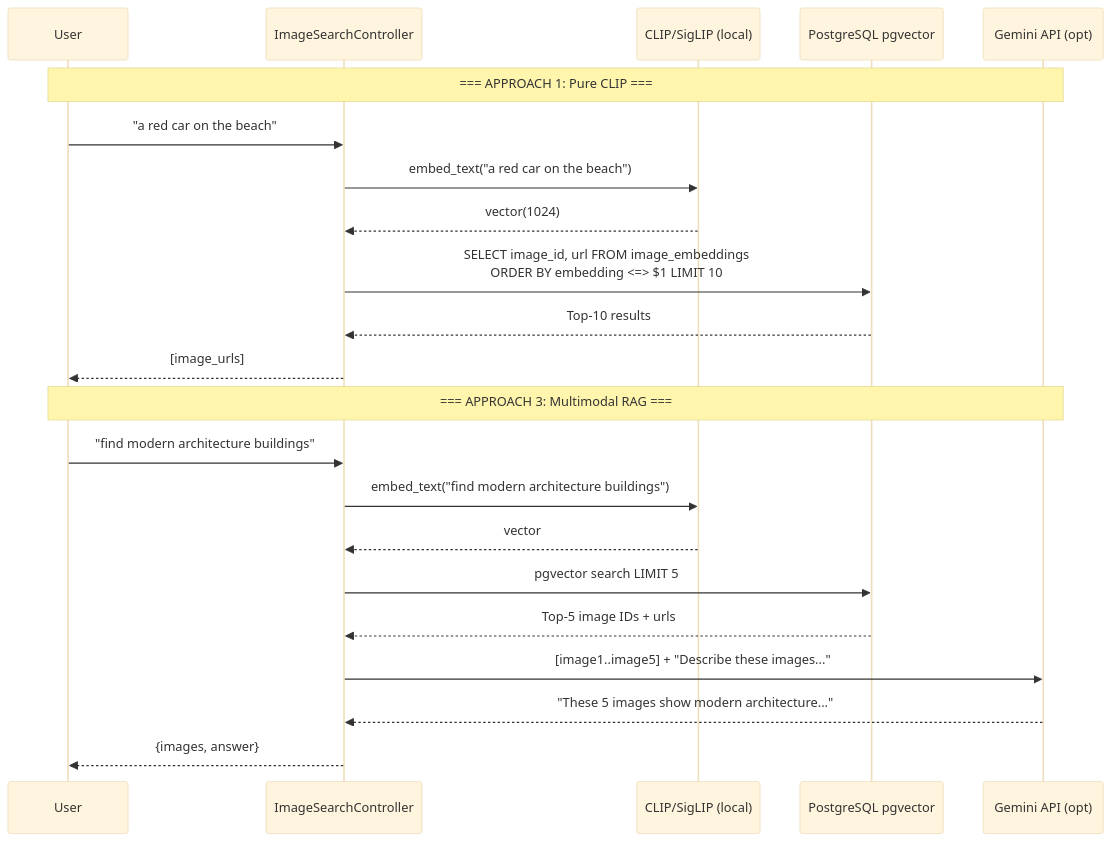
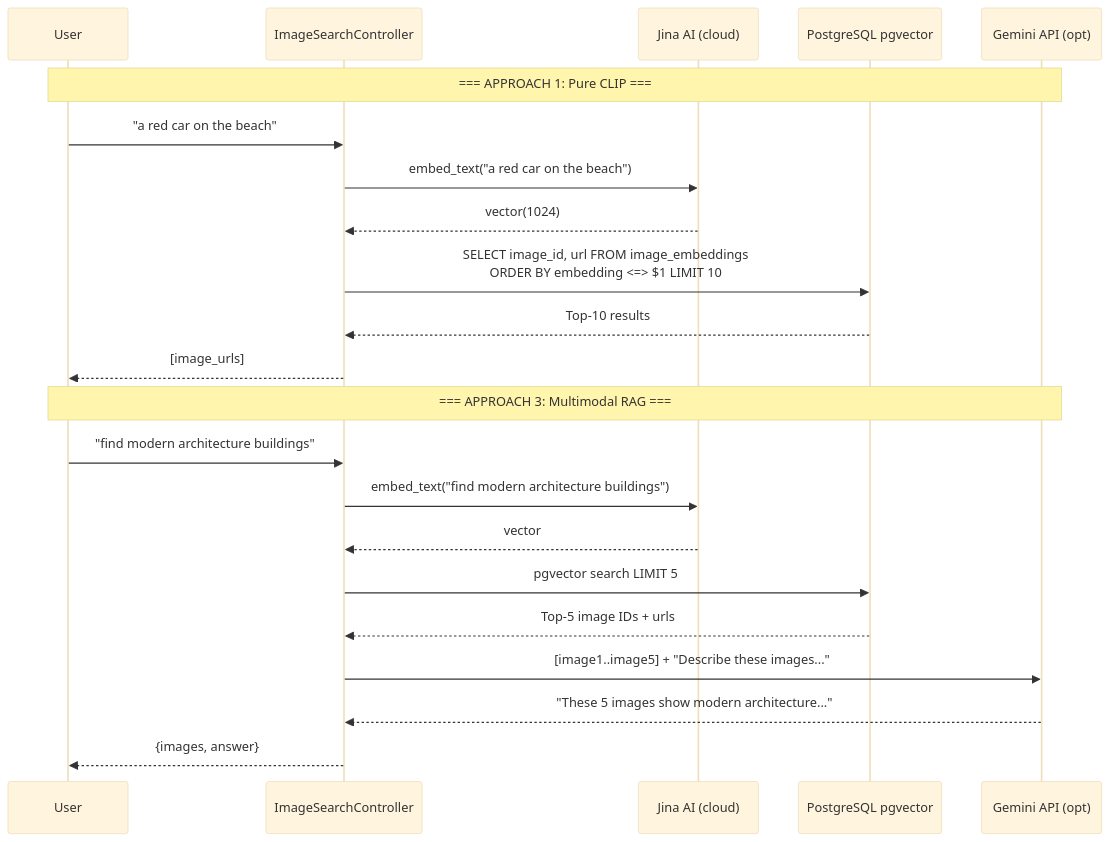
The fourth of 5 diagrams in docs/architectures/image-search.md (minhphu102003/image-search), drawn with Mermaid (base theme) before and after one commit. The commit also changed other lines of this file and 31 other files, not shown here.

First line of the commit message:
feat: replace self-hosted SigLIP 2 with Jina AI cloud embeddings (IS-014)

````diff
--- a/docs/architectures/image-search.md
+++ b/docs/architectures/image-search.md
@@ -119,26 +119,26 @@
 ```mermaid
 sequenceDiagram
     participant User as User
     participant API as ImageSearchController
-    participant Clip as CLIP/SigLIP (local)
+    participant Clip as Jina AI (cloud)
     participant Pg as PostgreSQL pgvector
     participant Gemini as Gemini API (opt)
 
     Note over User,Gemini: === APPROACH 1: Pure CLIP ===
     User->>API: "a red car on the beach"
     API->>Clip: embed_text("a red car on the beach")
     Clip-->>API: vector(1024)
     API->>Pg: SELECT image_id, url FROM image_embeddings<br>ORDER BY embedding <=> $1 LIMIT 10
     Pg-->>API: Top-10 results
     API-->>User: [image_urls]
 
     Note over User,Gemini: === APPROACH 3: Multimodal RAG ===
     User->>API: "find modern architecture buildings"
     API->>Clip: embed_text("find modern architecture buildings")
     Clip-->>API: vector
     API->>Pg: pgvector search LIMIT 5
     Pg-->>API: Top-5 image IDs + urls
     API->>Gemini: [image1..image5] + "Describe these images..."
     Gemini-->>API: "These 5 images show modern architecture..."
     API-->>User: {images, answer}
 ```
````
